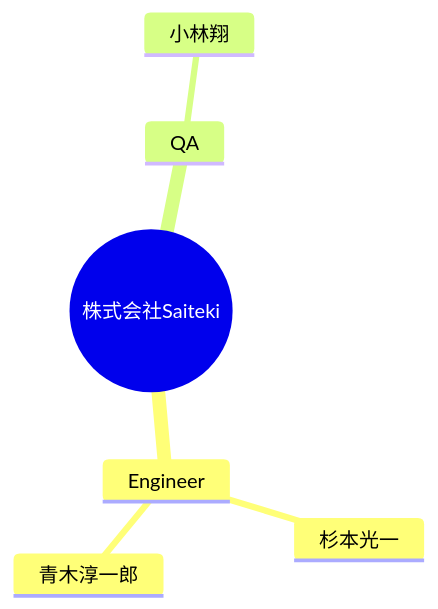
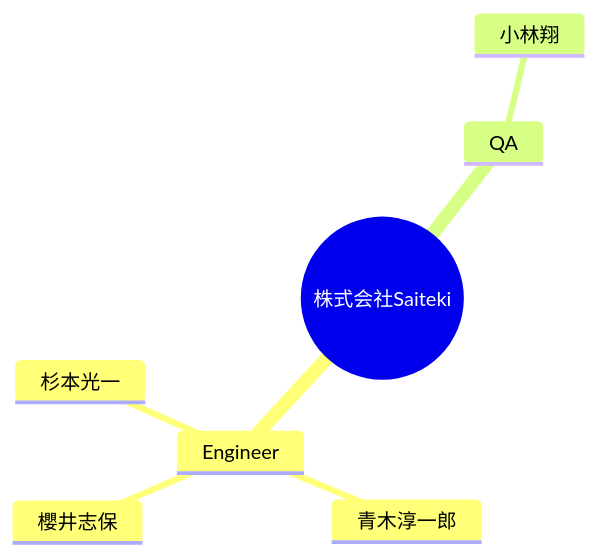
One commit to Saitekiinc-com/saiteki-employee-management changed the diagram in docs/TEAM.md. Above: the diagram before and after it, drawn with Mermaid. The commit also changed other lines of this file and 2 other files, not shown here.

Commit message:
Update employee data from Issue #7

````diff
--- a/docs/TEAM.md
+++ b/docs/TEAM.md
@@ -5,9 +5,10 @@
 ```mermaid
 mindmap
   root((株式会社Saiteki))
     Engineer
       杉本光一
       青木淳一郎
+      櫻井志保
     QA
       小林翔
 ```
````
